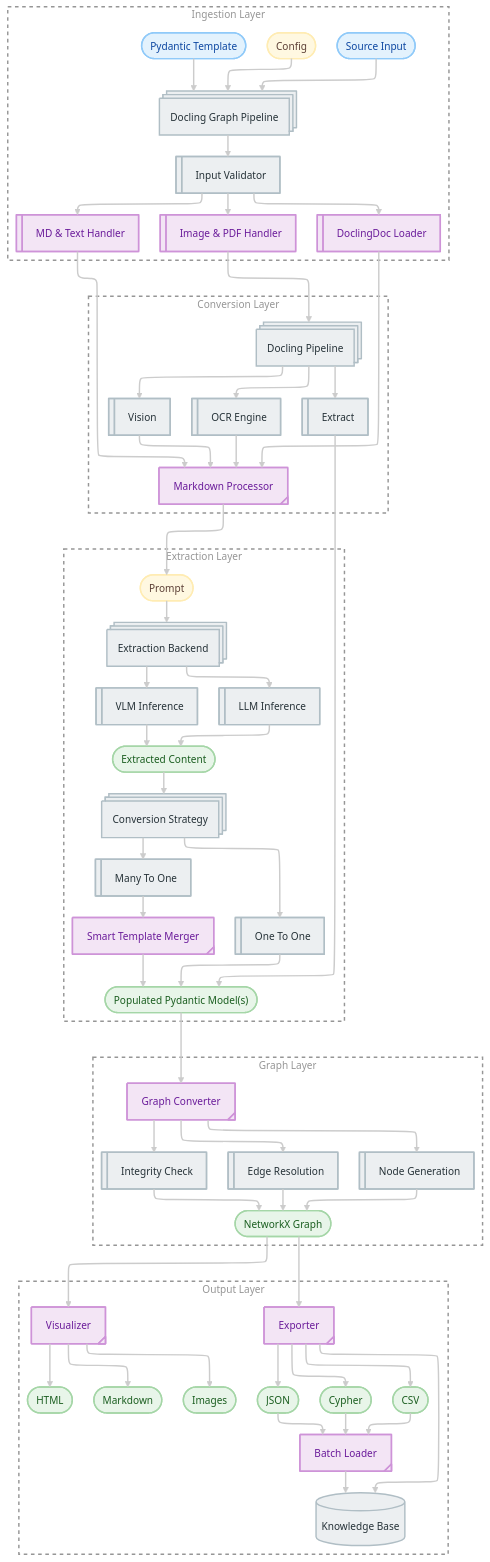
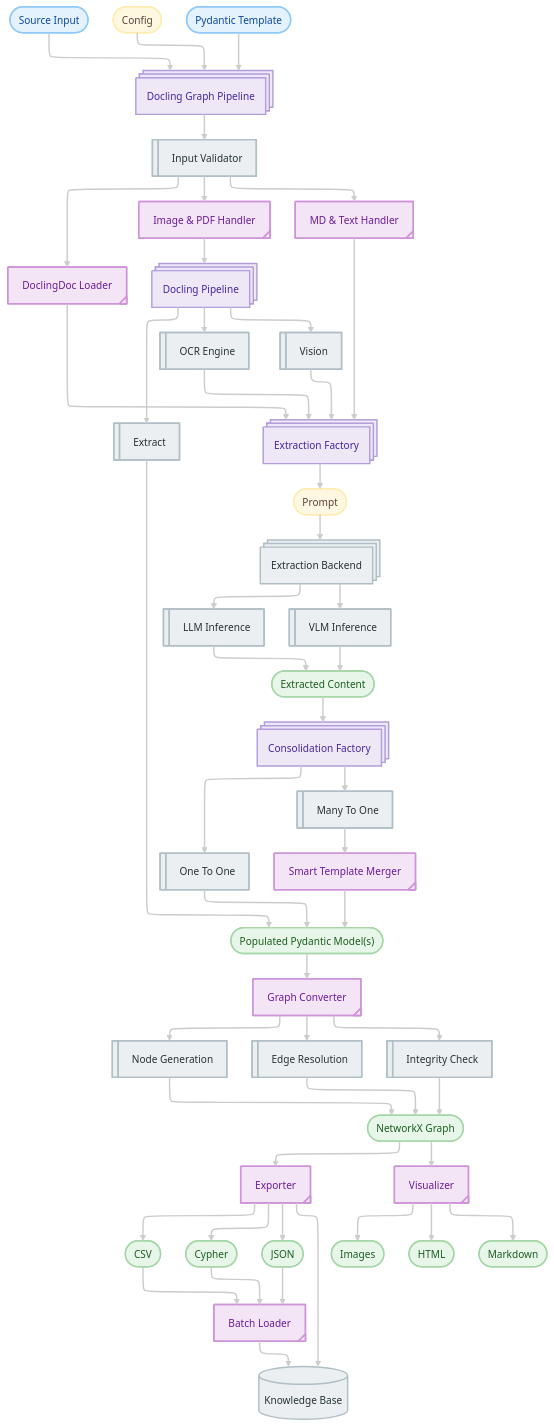
Before and after one commit to docling-project/docling-graph: the diagram in docs/assets/flowcharts/architecture.md, drawn with Mermaid. The commit also changed 14 other files, not shown here.

````diff
--- a/docs/assets/flowcharts/architecture.md
+++ b/docs/assets/flowcharts/architecture.md
@@ -14,68 +14,58 @@
     classDef subgraph_style fill:none,stroke:#969696,stroke-width:2px,stroke-dasharray: 5 5,color:#969696
 
     %% 2. Define Nodes & Subgraphs
-    subgraph S1 ["Ingestion Layer"]
-        A@{ shape: terminal, label: "Source Input" }
-        n2@{ shape: terminal, label: "Config" }
-        n3@{ shape: terminal, label: "Pydantic Template" }
-        n4@{ shape: procs, label: "Docling Graph Pipeline" }
-        n35@{ shape: lin-proc, label: "Input Validator" }
-        
-        %% HANDLERS
-        n37@{ shape: lin-proc, label: "Image & PDF Handler" }
-        n39@{ shape: lin-proc, label: "DoclingDoc Loader" }
-        n40@{ shape: lin-proc, label: "MD & Text Handler" }
-    end
+    A@{ shape: terminal, label: "Source Input" }
+    n2@{ shape: terminal, label: "Config" }
+    n3@{ shape: terminal, label: "Pydantic Template" }
+    n4@{ shape: procs, label: "Docling Graph Pipeline" }
+    n35@{ shape: lin-proc, label: "Input Validator" }
+    
+    %% HANDLERS
+    n37@{ shape: tag-proc, label: "Image & PDF Handler" }
+    n39@{ shape: tag-proc, label: "DoclingDoc Loader" }
+    n40@{ shape: tag-proc, label: "MD & Text Handler" }
 
-    subgraph S2 ["Conversion Layer"]
-        n6@{ shape: procs, label: "Docling Pipeline" }
-        %% Defined first to prioritize placement
-        n25@{ shape: lin-proc, label: "Extract" } 
-        n7@{ shape: lin-proc, label: "OCR Engine" }
-        n8@{ shape: lin-proc, label: "Vision" }
-        n9@{ shape: tag-proc, label: "Markdown Processor" }
-    end
+    %% Defined first to prioritize placement
+    n6@{ shape: procs, label: "Docling Pipeline" }
+    n25@{ shape: lin-proc, label: "Extract" } 
+    n7@{ shape: lin-proc, label: "OCR Engine" }
+    n8@{ shape: lin-proc, label: "Vision" }
 
-    subgraph S3 ["Extraction Layer"]
-        n16@{ shape: terminal, label: "Prompt" }
-        n13@{ shape: procs, label: "Extraction Backend" }
-        n14@{ shape: lin-proc, label: "LLM Inference" }
-        n15@{ shape: lin-proc, label: "VLM Inference" }
-        n17@{ shape: terminal, label: "Extracted Content" }
-        n10@{ shape: procs, label: "Conversion Strategy" }
-        n11@{ shape: lin-proc, label: "One To One" }
-        n12@{ shape: lin-proc, label: "Many To One" }
-        n18@{ shape: tag-proc, label: "Smart Template Merger" }
-        n20@{ shape: terminal, label: "Populated Pydantic Model(s)" }
-    end
-
-    subgraph S4 ["Graph Layer"]
-        %% ENTRY POINT
-        n21@{ shape: tag-proc, label: "Graph Converter" }
-        
-        %% INTERNAL STEPS
-        n21a@{ shape: lin-proc, label: "Node Generation" }
-        n21b@{ shape: lin-proc, label: "Edge Resolution" }
-        n21c@{ shape: lin-proc, label: "Integrity Check" }
-        
-        n22@{ shape: terminal, label: "NetworkX Graph" }
-    end
-
-    subgraph S5 ["Output Layer"]
-        n23@{ shape: tag-proc, label: "Exporter" }
-        n29@{ shape: terminal, label: "CSV" }
-        n30@{ shape: terminal, label: "Cypher" }
-        n31@{ shape: terminal, label: "JSON" }
-        n34@{ shape: tag-proc, label: "Batch Loader" }
-        n33@{ shape: db, label: "Knowledge Base" }
-        n24@{ shape: tag-proc, label: "Visualizer" }
-        n28@{ shape: terminal, label: "Images" }
-        n27@{ shape: terminal, label: "HTML" }
-        n26@{ shape: terminal, label: "Markdown" }
-    end
+    n9@{ shape: procs, label: "Extraction Factory" }
+    n16@{ shape: terminal, label: "Prompt" }
+    n13@{ shape: procs, label: "Extraction Backend" }
+    n14@{ shape: lin-proc, label: "LLM Inference" }
+    n15@{ shape: lin-proc, label: "VLM Inference" }
+    n17@{ shape: terminal, label: "Extracted Content" }
+    n10@{ shape: procs, label: "Consolidation Factory" }
+    n11@{ shape: lin-proc, label: "One To One" }
+    n12@{ shape: lin-proc, label: "Many To One" }
+    n18@{ shape: tag-proc, label: "Smart Template Merger" }
+    n20@{ shape: terminal, label: "Populated Pydantic Model(s)" }
+    
+    %% ENTRY POINT
+    n21@{ shape: tag-proc, label: "Graph Converter" }
+    
+    %% INTERNAL STEPS
+    n21a@{ shape: lin-proc, label: "Node Generation" }
+    n21b@{ shape: lin-proc, label: "Edge Resolution" }
+    n21c@{ shape: lin-proc, label: "Integrity Check" }
+    
+    n22@{ shape: terminal, label: "NetworkX Graph" }
+    n23@{ shape: tag-proc, label: "Exporter" }
+    n29@{ shape: terminal, label: "CSV" }
+    n30@{ shape: terminal, label: "Cypher" }
+    n31@{ shape: terminal, label: "JSON" }
+    n34@{ shape: tag-proc, label: "Batch Loader" }
+    n33@{ shape: db, label: "Knowledge Base" }
+    n24@{ shape: tag-proc, label: "Visualizer" }
+    n28@{ shape: terminal, label: "Images" }
+    n27@{ shape: terminal, label: "HTML" }
+    n26@{ shape: terminal, label: "Markdown" }
 
     %% 3. Define Connections
     A & n2 & n3 --> n4
+    
     n4 --> n35
     
     %% Validator Routing
@@ -123,9 +113,10 @@
     %% 4. Apply Classes
     class A,n3 input
     class n2,n16 config
-    class n4,n35,n6,n7,n8,n25,n13,n14,n15,n10,n11,n12,n33 process
+    class n4,n6,n9,n10 data
+    class n35,n7,n8,n25,n13,n14,n15,n11,n12,n33 process
     class n21a,n21b,n21c process
-    class n37,n39,n40,n9,n18,n21,n23,n34,n24 operator
+    class n37,n39,n40,n18,n21,n23,n34,n24 operator
     class n17,n20,n22,n29,n30,n31,n28,n27,n26 output
     class S1,S2,S3,S4,S5 subgraph_style
 ```
````
